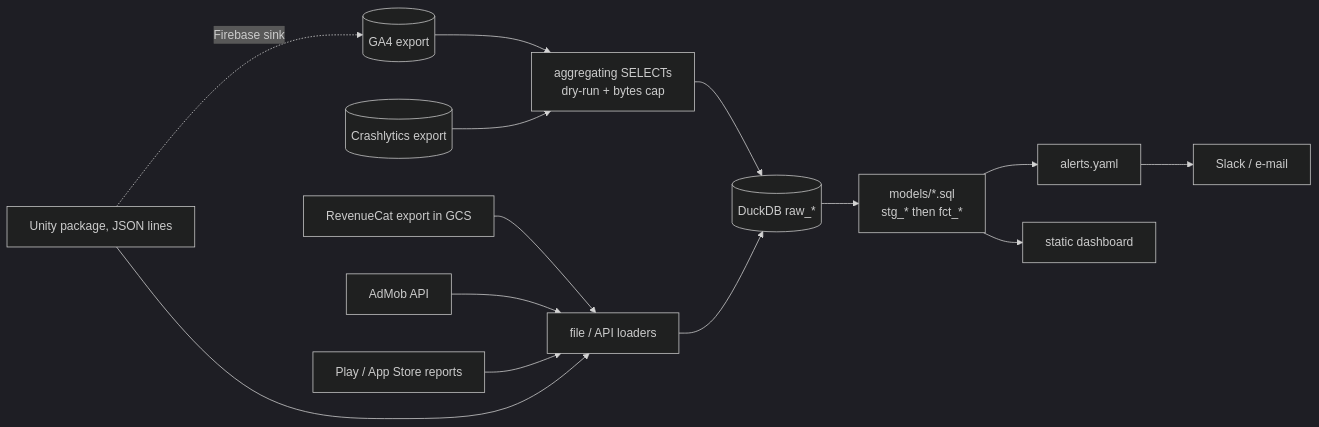
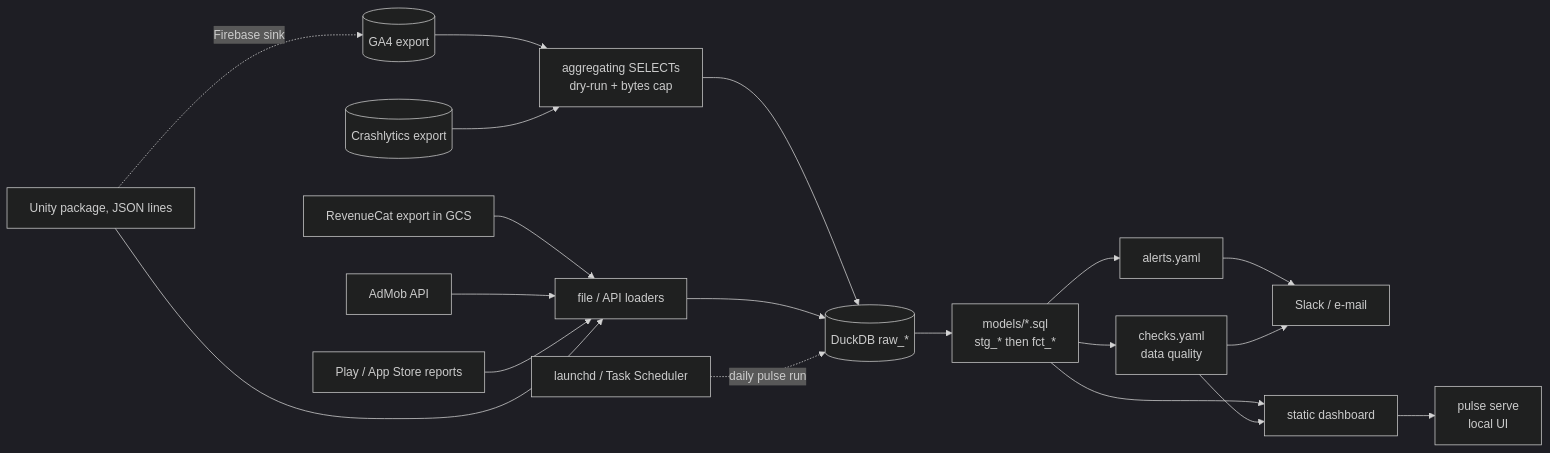
One commit to emirhann-akca/studio-pulse changed the diagram in README.md. Above: the diagram before and after it, drawn with Mermaid (dark theme). The commit also changed other lines of this file and 51 other files, not shown here.

````diff
--- a/README.md
+++ b/README.md
@@ -58,15 +100,20 @@
 ```mermaid
 flowchart LR
   GA4[(GA4 export)] --> Q[aggregating SELECTs<br/>dry-run + bytes cap]
   CR[(Crashlytics export)] --> Q
   RC[RevenueCat export in GCS] --> F[file / API loaders]
   AM[AdMob API] --> F
   ST[Play / App Store reports] --> F
   UN[Unity package, JSON lines] --> F
   UN -. Firebase sink .-> GA4
   Q --> RAW[(DuckDB raw_*)]
   F --> RAW
   RAW --> M[models/*.sql<br/>stg_* then fct_*]
+  M --> K[checks.yaml<br/>data quality]
   M --> A[alerts.yaml] --> N[Slack / e-mail]
+  K --> N
   M --> D[static dashboard]
+  K --> D
+  D --> U[pulse serve<br/>local UI]
+  S[launchd / Task Scheduler] -. daily pulse run .-> RAW
 ```
````
